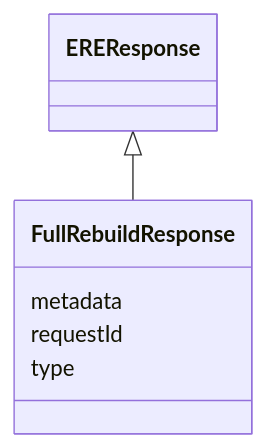
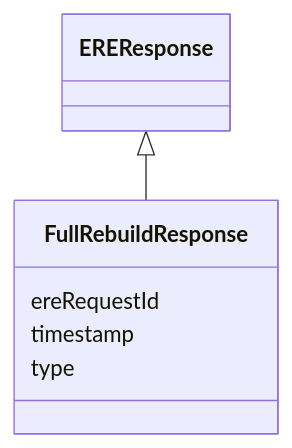
The diagram in docs/schema/FullRebuildResponse.md (OP-TED/entity-resolution-spec), drawn with Mermaid before and after one commit. The commit also changed other lines of this file and 46 other files, not shown here.

````diff
--- a/docs/schema/FullRebuildResponse.md
+++ b/docs/schema/FullRebuildResponse.md
@@ -24,15 +26,15 @@
 ```mermaid
  classDiagram
     class FullRebuildResponse
     click FullRebuildResponse href "../FullRebuildResponse/"
       EREResponse <|-- FullRebuildResponse
         click EREResponse href "../EREResponse/"
       
-      FullRebuildResponse : metadata
+      FullRebuildResponse : ereRequestId
         
-      FullRebuildResponse : requestId
+      FullRebuildResponse : timestamp
         
       FullRebuildResponse : type
         
       
 ```
````
